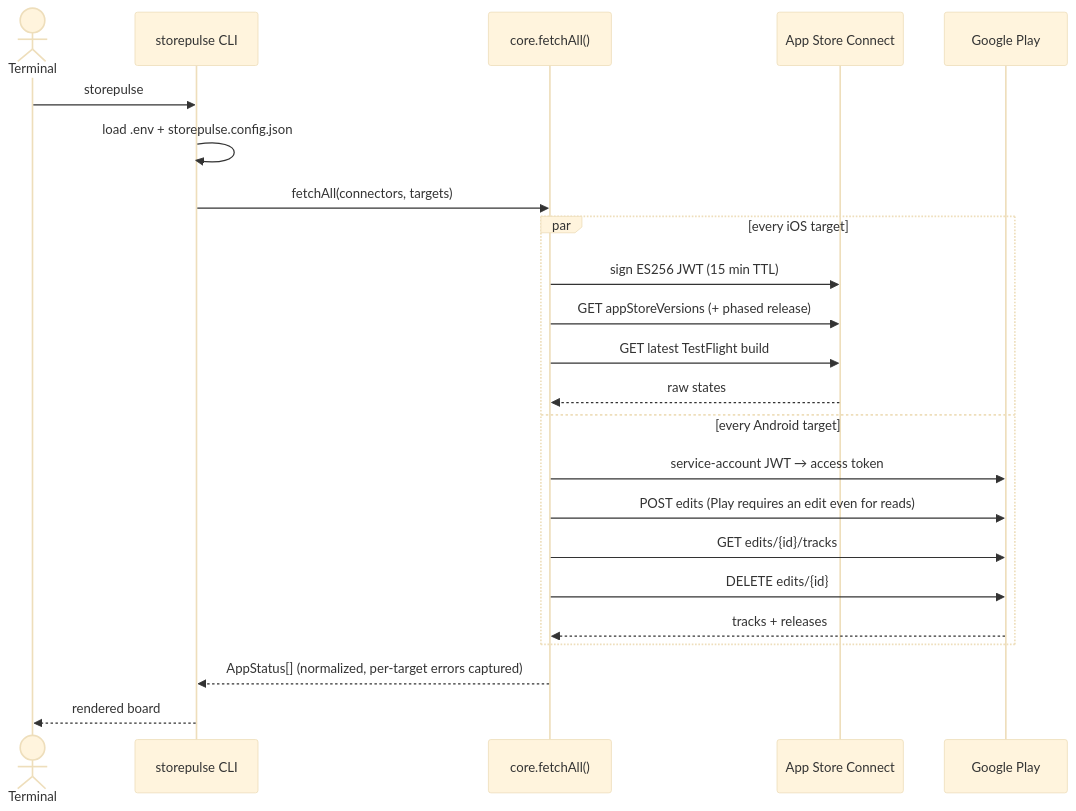
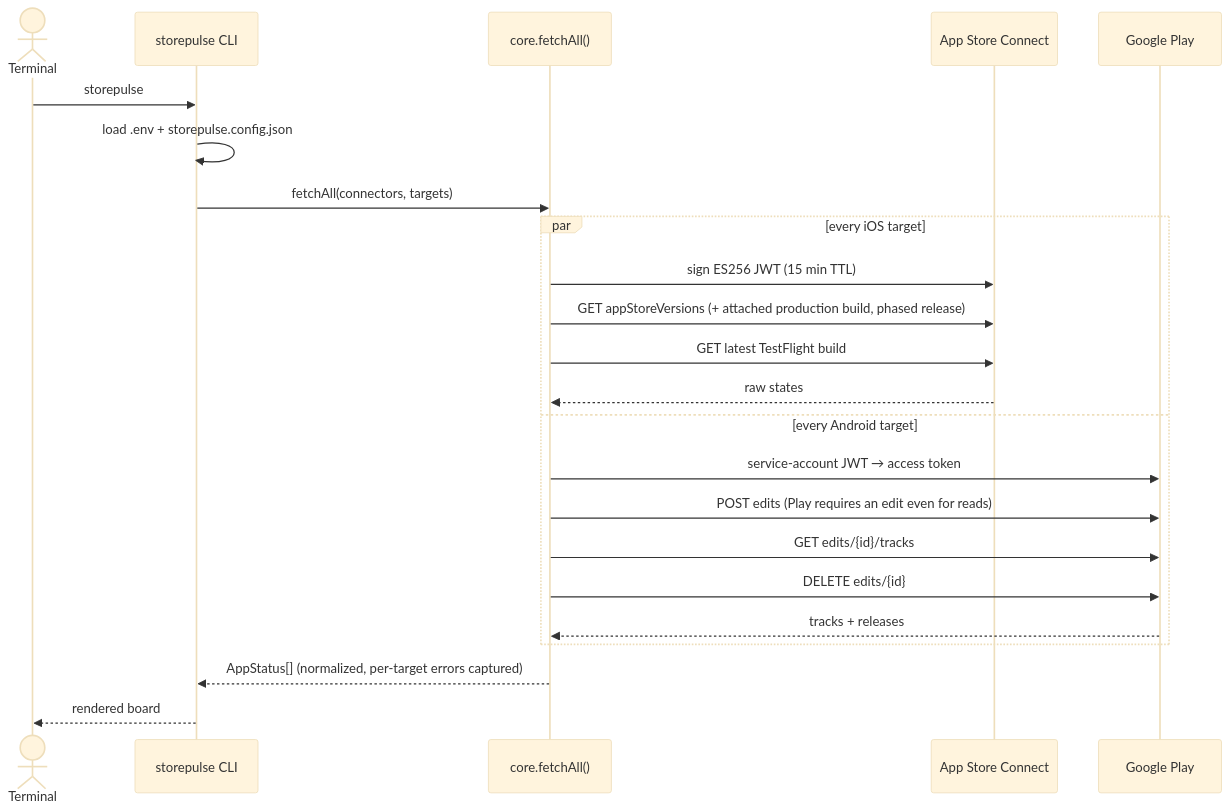
The third of 4 diagrams in wiki/Architecture.md (dioKR/storepulse), drawn with Mermaid (base theme) before and after one commit. The commit also changed 3 other files, not shown here.

Commit message:
fix: show iOS production build numbers

````diff
--- a/wiki/Architecture.md
+++ b/wiki/Architecture.md
@@ -86,26 +86,26 @@
 ```mermaid
 sequenceDiagram
     actor U as Terminal
     participant CLI as storepulse CLI
     participant Core as core.fetchAll()
     participant ASC as App Store Connect
     participant GP as Google Play
 
     U->>CLI: storepulse
     CLI->>CLI: load .env + storepulse.config.json
     CLI->>Core: fetchAll(connectors, targets)
     par every iOS target
         Core->>ASC: sign ES256 JWT (15 min TTL)
-        Core->>ASC: GET appStoreVersions (+ phased release)
+        Core->>ASC: GET appStoreVersions (+ attached production build, phased release)
         Core->>ASC: GET latest TestFlight build
         ASC-->>Core: raw states
     and every Android target
         Core->>GP: service-account JWT → access token
         Core->>GP: POST edits (Play requires an edit even for reads)
         Core->>GP: GET edits/{id}/tracks
         Core->>GP: DELETE edits/{id}
         GP-->>Core: tracks + releases
     end
     Core-->>CLI: AppStatus[] (normalized, per-target errors captured)
     CLI-->>U: rendered board
 ```
````
